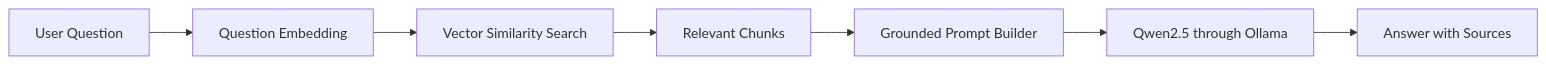
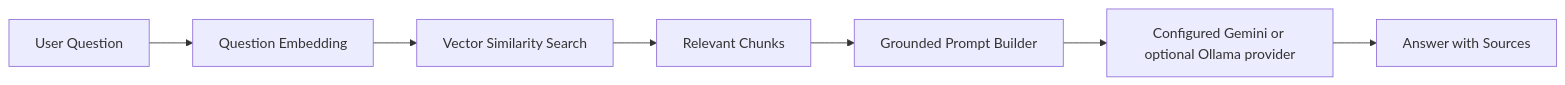
The third of 5 diagrams in ARCHITECTURE.md (mohamedwaked05/Sou2-AI), drawn with Mermaid before and after one commit. The commit also changed other lines of this file and 6 other files, not shown here.

````diff
--- a/ARCHITECTURE.md
+++ b/ARCHITECTURE.md
@@ -98,9 +97,9 @@
 ```mermaid
 flowchart LR
     Q[User Question] --> QE[Question Embedding]
     QE --> VS[Vector Similarity Search]
     VS --> RC[Relevant Chunks]
     RC --> PB[Grounded Prompt Builder]
-    PB --> L[Qwen2.5 through Ollama]
+    PB --> L[Configured Gemini or optional Ollama provider]
     L --> A[Answer with Sources]
 ```
````
